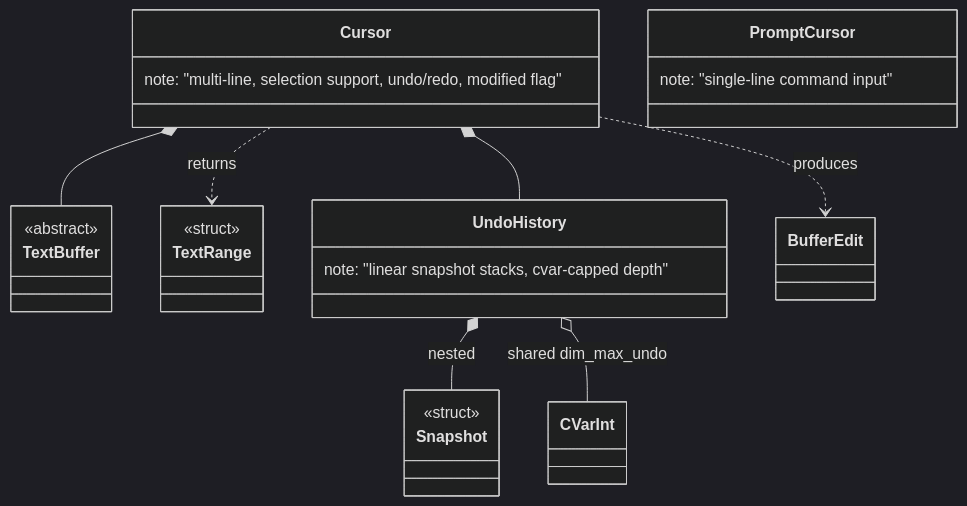
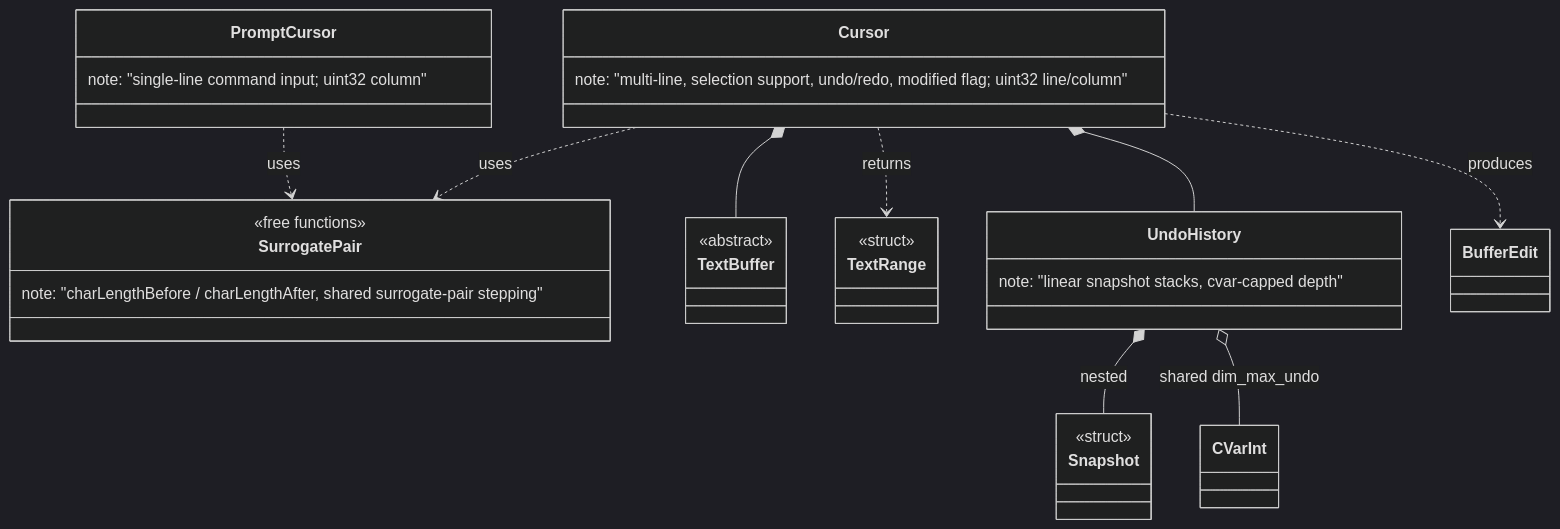
The fourth of 10 diagrams in docs/class_diagram.md (notnotme/bbloc), drawn with Mermaid (dark theme) before and after one commit. The commit also changed other lines of this file and 41 other files, not shown here.

````diff
--- a/docs/class_diagram.md
+++ b/docs/class_diagram.md
@@ -93,29 +93,35 @@
 ```mermaid
 classDiagram
     class Cursor {
-        note: "multi-line, selection support, undo/redo, modified flag"
+        note: "multi-line, selection support, undo/redo, modified flag; uint32 line/column"
     }
     class PromptCursor {
-        note: "single-line command input"
+        note: "single-line command input; uint32 column"
+    }
+    class SurrogatePair {
+        <<free functions>>
+        note: "charLengthBefore / charLengthAfter, shared surrogate-pair stepping"
     }
     class TextBuffer {
         <<abstract>>
     }
     class TextRange {
         <<struct>>
     }
     class UndoHistory {
         note: "linear snapshot stacks, cvar-capped depth"
     }
     class Snapshot {
         <<struct>>
     }
     class CVarInt
 
     Cursor *-- TextBuffer
     Cursor *-- UndoHistory
+    Cursor ..> SurrogatePair : uses
+    PromptCursor ..> SurrogatePair : uses
     UndoHistory *-- Snapshot : nested
     UndoHistory o-- CVarInt : shared dim_max_undo
     Cursor ..> TextRange : returns
     Cursor ..> BufferEdit : produces
 ```
````
